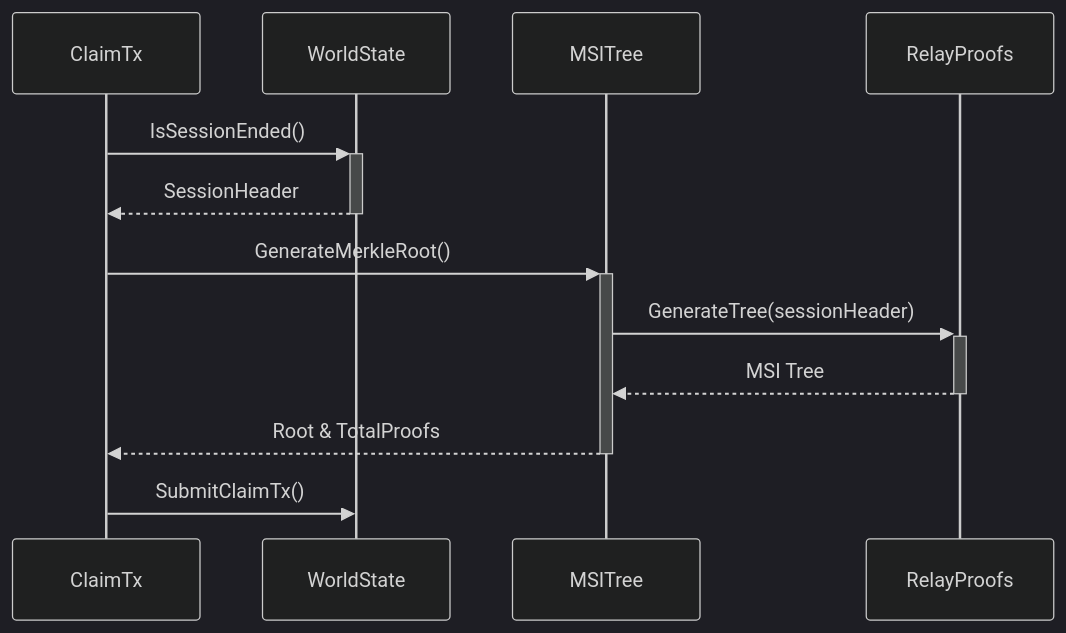
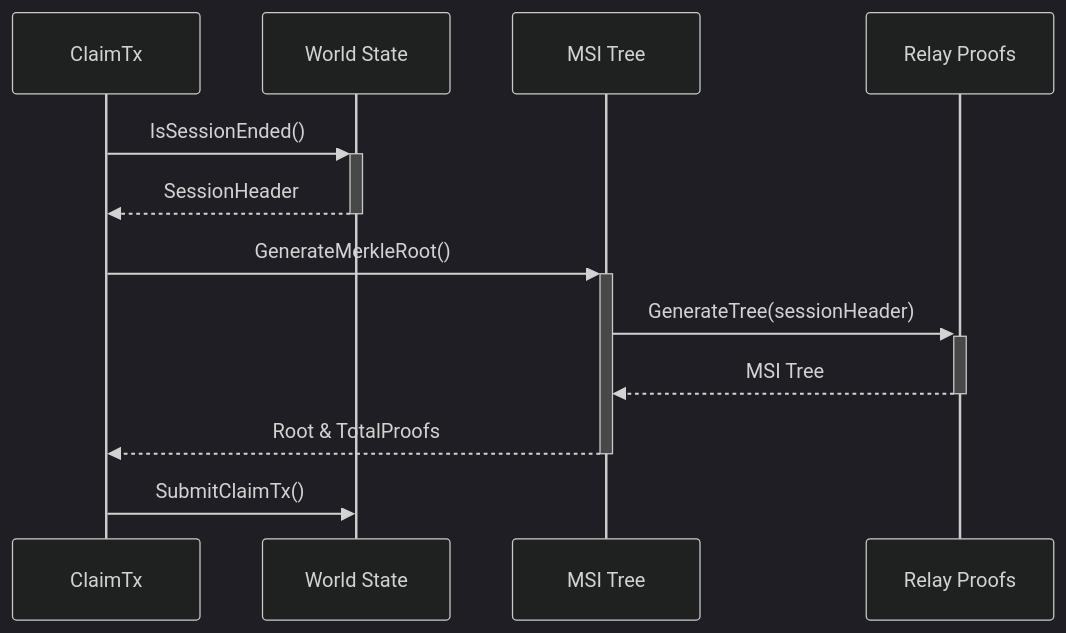
Before and after one commit to pokt-network/pocket-core: the second of 3 diagrams in doc/specs/reward_protocol.md, drawn with Mermaid (dark theme). The commit also changed other lines of this file, not shown here.

````diff
--- a/doc/specs/reward_protocol.md
+++ b/doc/specs/reward_protocol.md
@@ -85,17 +95,15 @@
 ```mermaid
 sequenceDiagram
-
-ClaimTx->>+WorldState: IsSessionEnded()
-
-WorldState-->>-ClaimTx: SessionHeader
-
-ClaimTx->>+MSITree:GenerateMerkleRoot()
-
-MSITree->>+RelayProofs:GenerateTree(sessionHeader)
-
-RelayProofs-->>-MSITree:MSI Tree
-
-MSITree-->>-ClaimTx: Root & TotalProofs
-
-ClaimTx->>WorldState: SubmitClaimTx()
+    participant ClaimTx as ClaimTx
+    participant WorldState as World State
+    participant MSITree as MSI Tree
+    participant RelayProofs as Relay Proofs
+    
+    ClaimTx->>+WorldState: IsSessionEnded()
+    WorldState-->>-ClaimTx: SessionHeader
+    ClaimTx->>+MSITree: GenerateMerkleRoot()
+    MSITree->>+RelayProofs: GenerateTree(sessionHeader)
+    RelayProofs-->>-MSITree: MSI Tree
+    MSITree-->>-ClaimTx: Root & TotalProofs
+    ClaimTx->>WorldState: SubmitClaimTx()
 ```
````
